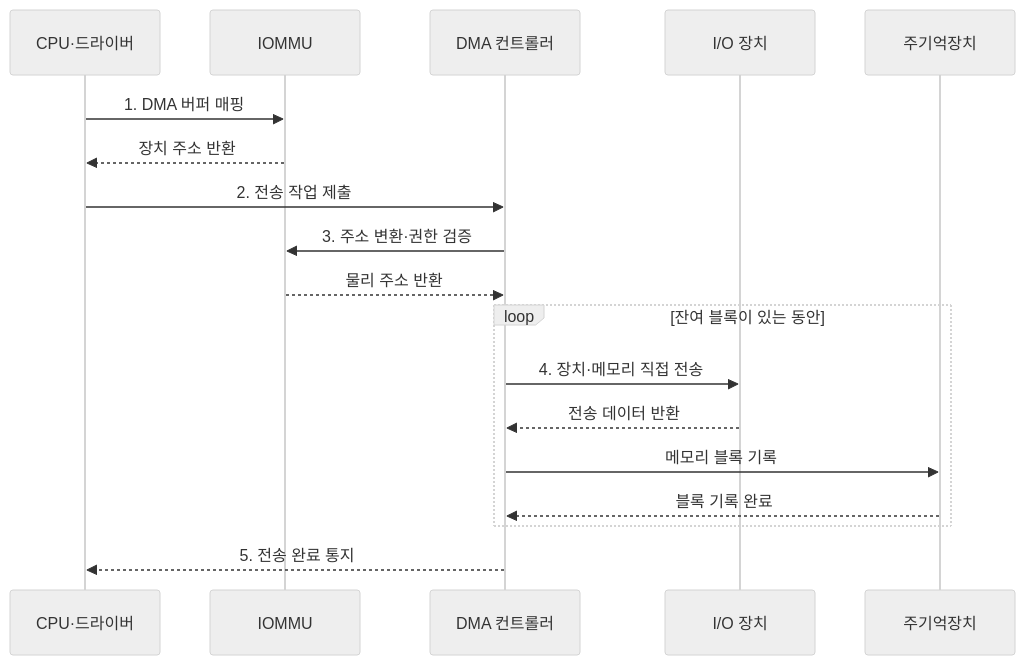
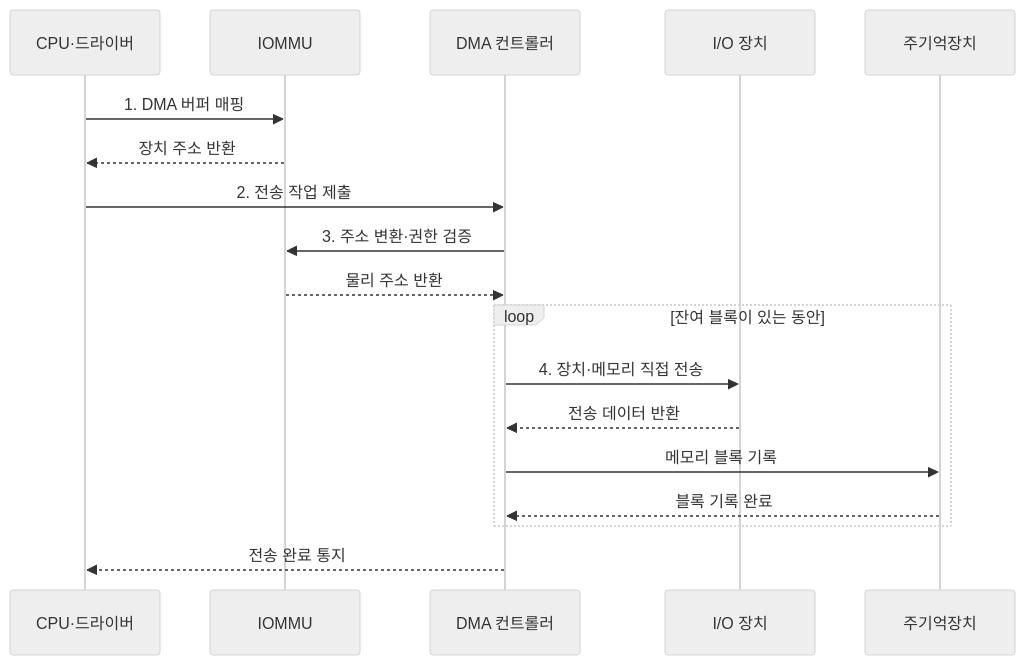
One commit to agnusdei1207/knowledge-base changed the second of 2 diagrams in src/content/docs/notes/02-hardware/035_dma.md. Above: the diagram before and after it, drawn with Mermaid (neutral theme). The commit also changed other lines of this file and 20 other files, not shown here.

````diff
--- a/src/content/docs/notes/02-hardware/035_dma.md
+++ b/src/content/docs/notes/02-hardware/035_dma.md
@@ -85,20 +86,20 @@
 ```mermaid
 sequenceDiagram
     participant C as CPU·드라이버
     participant U as IOMMU
     participant D as DMA 컨트롤러
     participant I as I/O 장치
     participant M as 주기억장치
     C->>U: 1. DMA 버퍼 매핑
     U-->>C: 장치 주소 반환
     C->>D: 2. 전송 작업 제출
     D->>U: 3. 주소 변환·권한 검증
     U-->>D: 물리 주소 반환
     loop 잔여 블록이 있는 동안
         D->>I: 4. 장치·메모리 직접 전송
         I-->>D: 전송 데이터 반환
         D->>M: 메모리 블록 기록
         M-->>D: 블록 기록 완료
     end
-    D-->>C: 5. 전송 완료 통지
+    D-->>C: 전송 완료 통지
 ```
````
